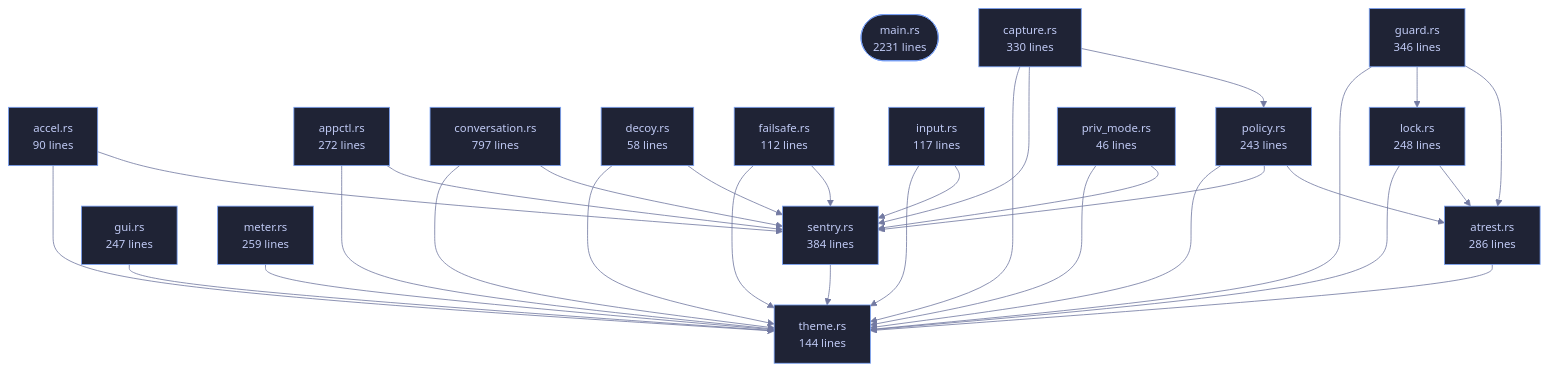
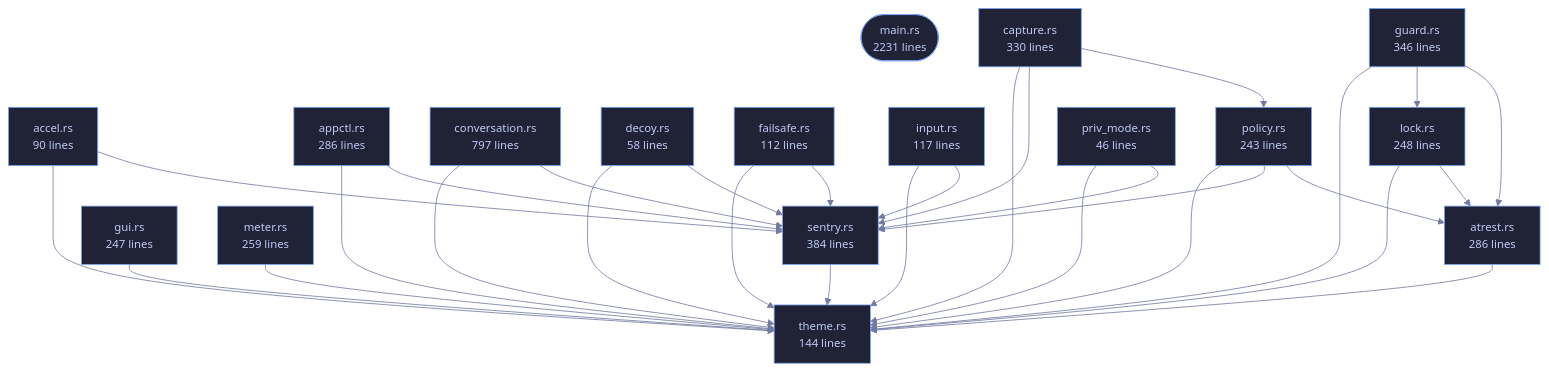
One commit to tilas01/veilvoice changed the diagram in wiki/Crate-veilvoice-cli.md. Above: the diagram before and after it, drawn with Mermaid. The commit also changed other lines of this file and 23 other files, not shown here.

````diff
--- a/wiki/Crate-veilvoice-cli.md
+++ b/wiki/Crate-veilvoice-cli.md
@@ -97,67 +97,67 @@
 ```mermaid
 %%{init: {"theme":"base","themeVariables":{"background":"#1a1b26","primaryColor":"#1f2335","primaryTextColor":"#c0caf5","primaryBorderColor":"#7aa2f7","secondaryColor":"#16161e","tertiaryColor":"#16161e","lineColor":"#737aa2","textColor":"#c0caf5","mainBkg":"#1f2335","nodeBorder":"#7aa2f7","clusterBkg":"#16161e","clusterBorder":"#2f3549","fontFamily":"ui-monospace, SFMono-Regular, Consolas, monospace","fontSize":"14px"}}}%%
 flowchart TD
     n_main(["main.rs<br/>2231 lines"])
     n_accel["accel.rs<br/>90 lines"]
-    n_appctl["appctl.rs<br/>272 lines"]
+    n_appctl["appctl.rs<br/>286 lines"]
     n_atrest["atrest.rs<br/>286 lines"]
     n_capture["capture.rs<br/>330 lines"]
     n_conversation["conversation.rs<br/>797 lines"]
     n_decoy["decoy.rs<br/>58 lines"]
     n_failsafe["failsafe.rs<br/>112 lines"]
     n_guard["guard.rs<br/>346 lines"]
     n_gui["gui.rs<br/>247 lines"]
     n_input["input.rs<br/>117 lines"]
     n_lock["lock.rs<br/>248 lines"]
     n_meter["meter.rs<br/>259 lines"]
     n_policy["policy.rs<br/>243 lines"]
     n_priv_mode["priv_mode.rs<br/>46 lines"]
     n_sentry["sentry.rs<br/>384 lines"]
     n_theme["theme.rs<br/>144 lines"]
     n_accel --> n_sentry
     n_accel --> n_theme
     n_appctl --> n_sentry
     n_appctl --> n_theme
     n_atrest --> n_theme
     n_capture --> n_policy
     n_capture --> n_sentry
     n_capture --> n_theme
     n_conversation --> n_sentry
     n_conversation --> n_theme
     n_decoy --> n_sentry
     n_decoy --> n_theme
     n_failsafe --> n_sentry
     n_failsafe --> n_theme
     n_guard --> n_atrest
     n_guard --> n_lock
     n_guard --> n_theme
     n_gui --> n_theme
     n_input --> n_sentry
     n_input --> n_theme
     n_lock --> n_atrest
     n_lock --> n_theme
     n_meter --> n_theme
     n_policy --> n_atrest
     n_policy --> n_sentry
     n_policy --> n_theme
     n_priv_mode --> n_sentry
     n_priv_mode --> n_theme
     n_sentry --> n_theme
     click n_main href "https://github.com/tilas01/veilvoice/blob/main/crates/veilvoice-cli/src/main.rs" "open the source"
     click n_accel href "https://github.com/tilas01/veilvoice/blob/main/crates/veilvoice-cli/src/accel.rs" "open the source"
     click n_appctl href "https://github.com/tilas01/veilvoice/blob/main/crates/veilvoice-cli/src/appctl.rs" "open the source"
     click n_atrest href "https://github.com/tilas01/veilvoice/blob/main/crates/veilvoice-cli/src/atrest.rs" "open the source"
     click n_capture href "https://github.com/tilas01/veilvoice/blob/main/crates/veilvoice-cli/src/capture.rs" "open the source"
     click n_conversation href "https://github.com/tilas01/veilvoice/blob/main/crates/veilvoice-cli/src/conversation.rs" "open the source"
     click n_decoy href "https://github.com/tilas01/veilvoice/blob/main/crates/veilvoice-cli/src/decoy.rs" "open the source"
     click n_failsafe href "https://github.com/tilas01/veilvoice/blob/main/crates/veilvoice-cli/src/failsafe.rs" "open the source"
     click n_guard href "https://github.com/tilas01/veilvoice/blob/main/crates/veilvoice-cli/src/guard.rs" "open the source"
     click n_gui href "https://github.com/tilas01/veilvoice/blob/main/crates/veilvoice-cli/src/gui.rs" "open the source"
     click n_input href "https://github.com/tilas01/veilvoice/blob/main/crates/veilvoice-cli/src/input.rs" "open the source"
     click n_lock href "https://github.com/tilas01/veilvoice/blob/main/crates/veilvoice-cli/src/lock.rs" "open the source"
     click n_meter href "https://github.com/tilas01/veilvoice/blob/main/crates/veilvoice-cli/src/meter.rs" "open the source"
     click n_policy href "https://github.com/tilas01/veilvoice/blob/main/crates/veilvoice-cli/src/policy.rs" "open the source"
     click n_priv_mode href "https://github.com/tilas01/veilvoice/blob/main/crates/veilvoice-cli/src/priv_mode.rs" "open the source"
     click n_sentry href "https://github.com/tilas01/veilvoice/blob/main/crates/veilvoice-cli/src/sentry.rs" "open the source"
     click n_theme href "https://github.com/tilas01/veilvoice/blob/main/crates/veilvoice-cli/src/theme.rs" "open the source"
 ```
````
